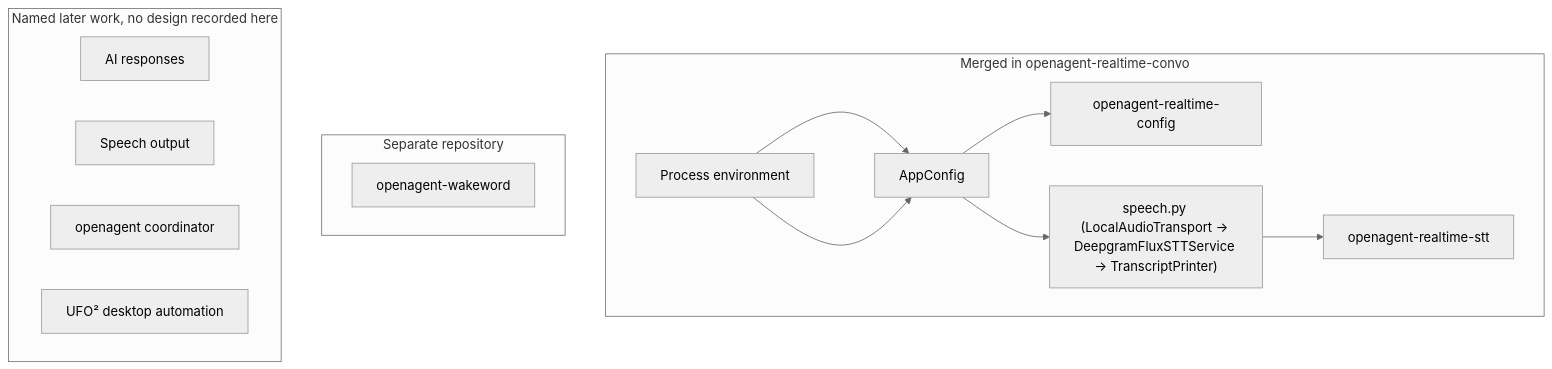
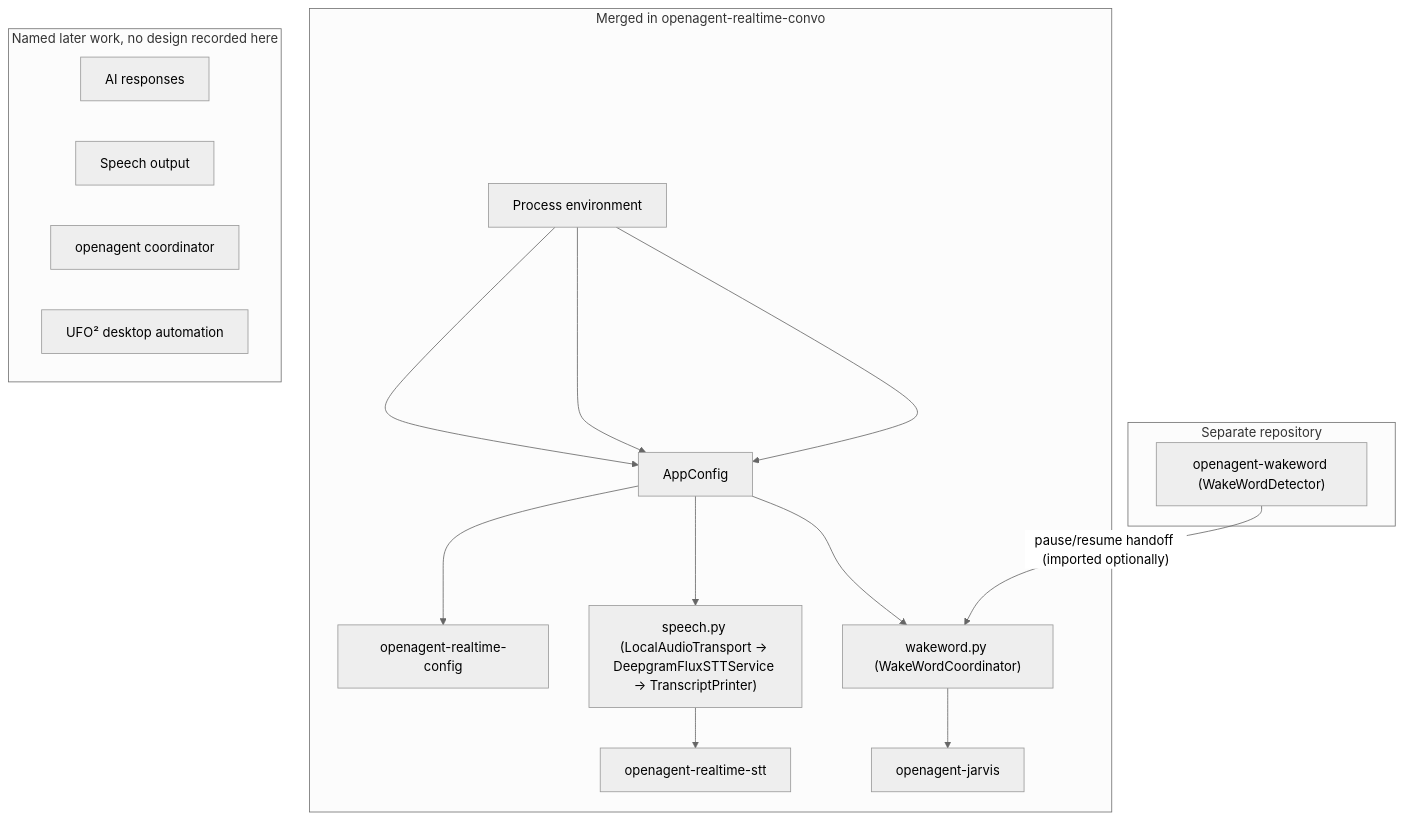
One commit to Sanj1th-M/openagent-realtime-convo changed the diagram in docs/ARCHITECTURE.md. Above: the diagram before and after it, drawn with Mermaid (neutral theme). The commit also changed other lines of this file and 9 other files, not shown here.

Commit message:
feat: integrate wake-word with speech input (#18)

````diff
--- a/docs/ARCHITECTURE.md
+++ b/docs/ARCHITECTURE.md
@@ -10,23 +10,28 @@
 ```mermaid
 flowchart TB
   subgraph merged["Merged in openagent-realtime-convo"]
     env["Process environment"]
     config["AppConfig"]
     cli["openagent-realtime-config"]
     stt["speech.py (LocalAudioTransport -> DeepgramFluxSTTService -> TranscriptPrinter)"]
     sttCli["openagent-realtime-stt"]
+    coord["wakeword.py (WakeWordCoordinator)"]
+    jarvisCli["openagent-jarvis"]
     env --> config --> cli
     env --> config --> stt --> sttCli
+    env --> config --> coord --> jarvisCli
   end
 
   subgraph separate["Separate repository"]
-    wake["openagent-wakeword"]
+    wake["openagent-wakeword (WakeWordDetector)"]
   end
+
+  wake -- "pause/resume handoff (imported optionally)" --> coord
 
   subgraph namedLater["Named later work, no design recorded here"]
     replies["AI responses"]
     speechOut["Speech output"]
     coordinator["openagent coordinator"]
     ufo["UFO² desktop automation"]
   end
 ```
````
